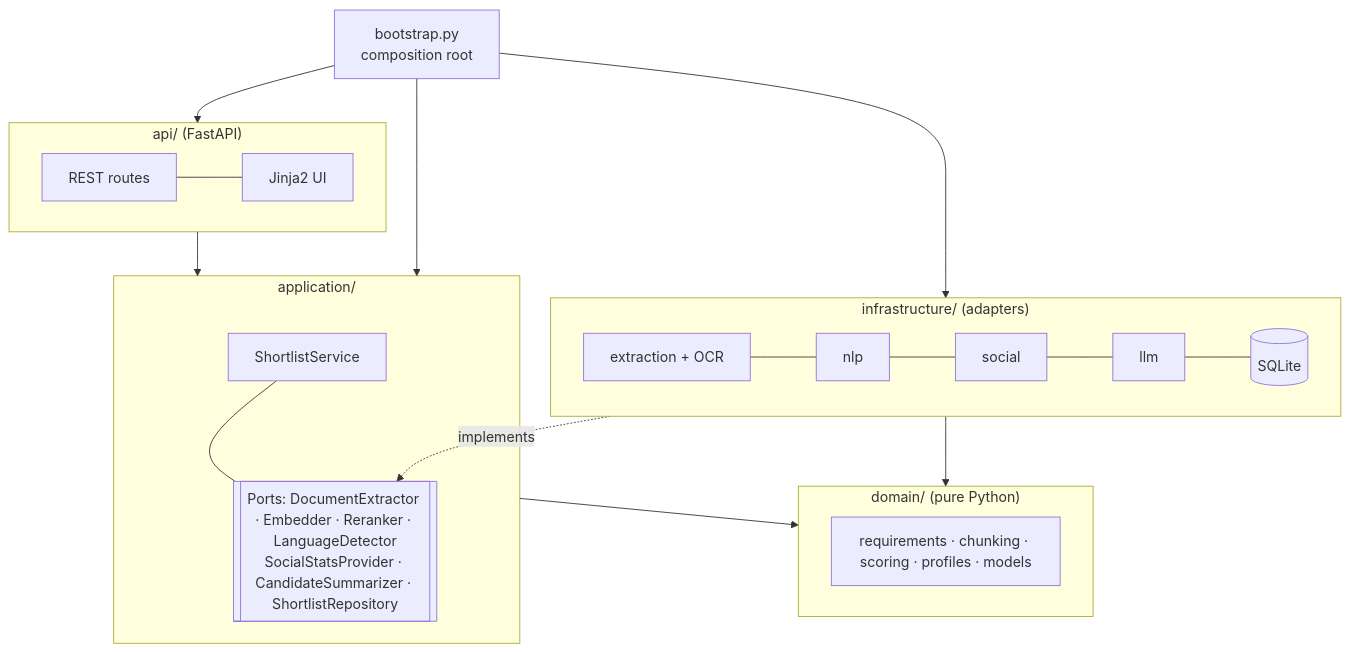
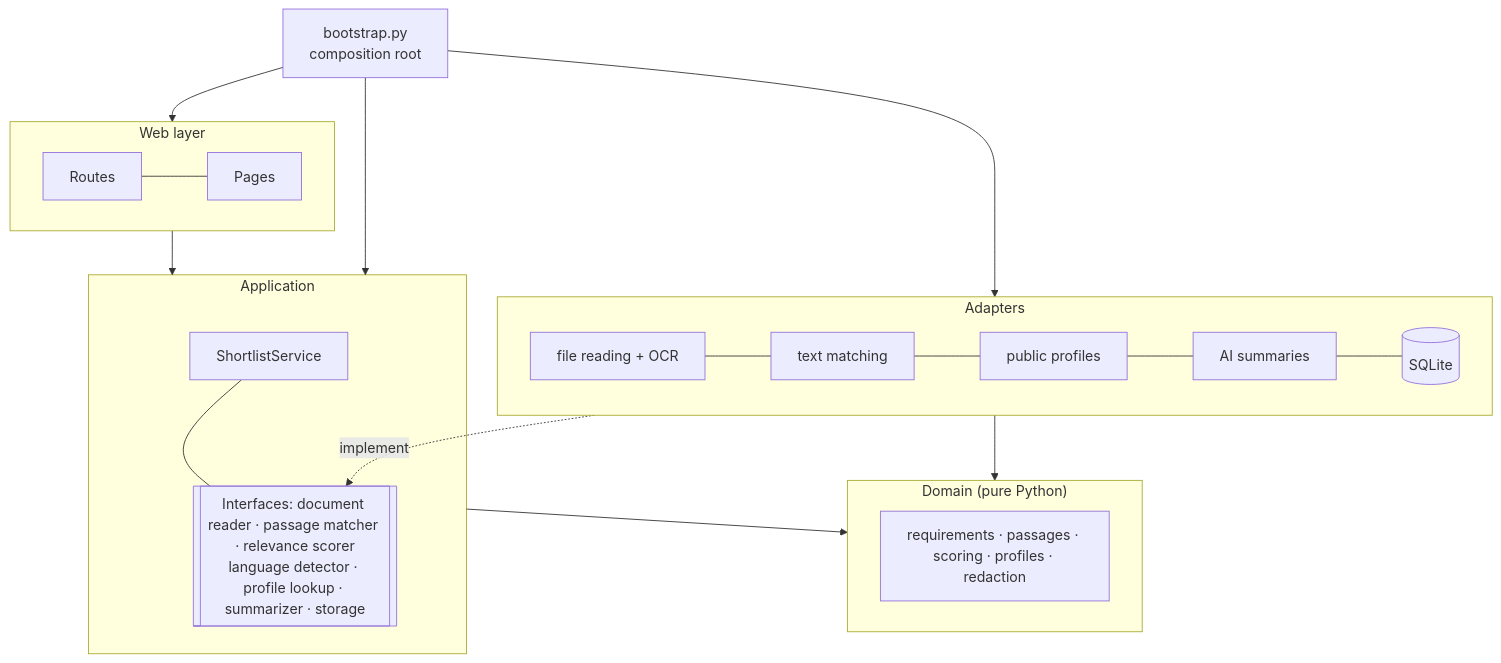
Before and after one commit to Varad1006/Smart-resume-shortlisting-system: the first of 2 diagrams in docs/architecture.md, drawn with Mermaid. The commit also changed other lines of this file and 32 other files, not shown here.

First line of the commit message:
Remove service and model names from the app and docs; add hosted OCR

````diff
--- a/docs/architecture.md
+++ b/docs/architecture.md
@@ -5,19 +5,19 @@
 ```mermaid
 flowchart TB
-    subgraph Presentation["api/ (FastAPI)"]
-        R[REST routes] --- U[Jinja2 UI]
+    subgraph Web["Web layer"]
+        R[Routes] --- U[Pages]
     end
-    subgraph Application["application/"]
-        S[ShortlistService] --- P[[Ports: DocumentExtractor · Embedder · Reranker · LanguageDetector<br/>SocialStatsProvider · CandidateSummarizer · ShortlistRepository]]
+    subgraph Application["Application"]
+        S[ShortlistService] --- P[[Interfaces: document reader · passage matcher · relevance scorer<br/>language detector · profile lookup · summarizer · storage]]
     end
-    subgraph Domain["domain/ (pure Python)"]
-        D[requirements · chunking · scoring · profiles · models]
+    subgraph Domain["Domain (pure Python)"]
+        D[requirements · passages · scoring · profiles · redaction]
     end
-    subgraph Infrastructure["infrastructure/ (adapters)"]
-        X[extraction + OCR] --- N[nlp] --- SO[social] --- L[llm] --- DB[(SQLite)]
+    subgraph Adapters["Adapters"]
+        X[file reading + OCR] --- N[text matching] --- SO[public profiles] --- L[AI summaries] --- DB[(SQLite)]
     end
-    Presentation --> Application --> Domain
-    Infrastructure -. implements .-> P
-    Infrastructure --> Domain
-    B[bootstrap.py<br/>composition root] --> Presentation & Application & Infrastructure
+    Web --> Application --> Domain
+    Adapters -. implement .-> P
+    Adapters --> Domain
+    B[bootstrap.py<br/>composition root] --> Web & Application & Adapters
 ```
````
